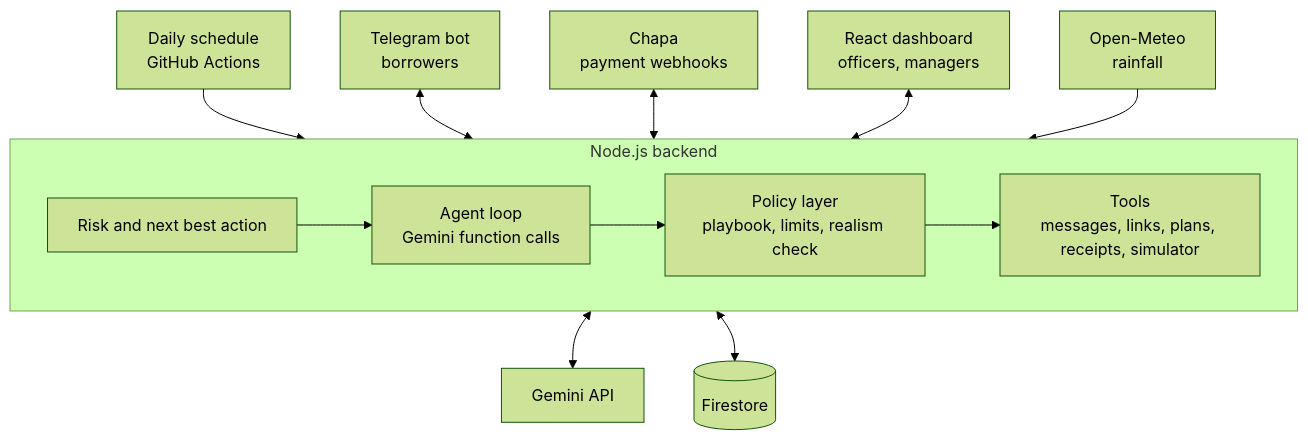
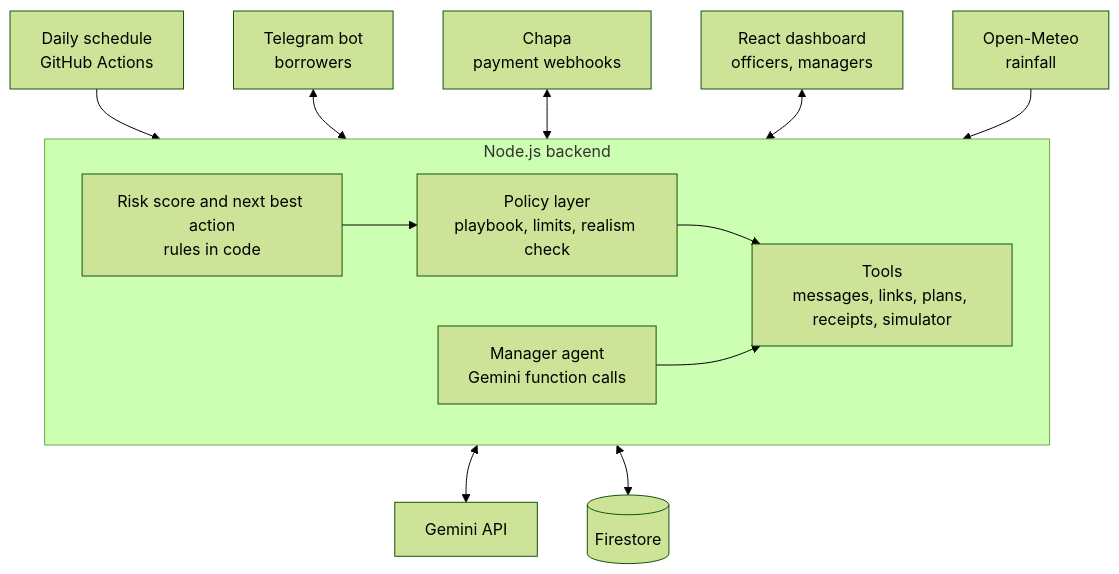
The diagram in README.md (Alaz90/collections-officer), drawn with Mermaid (forest theme) before and after one commit. The commit also changed other lines of this file, not shown here.

First line of the commit message:
README: where Gemini is used, accurate diagram, design vs build

````diff
--- a/README.md
+++ b/README.md
@@ -53,13 +53,14 @@
 ```mermaid
 flowchart TB
   S[Daily schedule<br/>GitHub Actions] --> B
   T[Telegram bot<br/>borrowers] <--> B
   C[Chapa<br/>payment webhooks] <--> B
   D[React dashboard<br/>officers, managers] <--> B
   subgraph B[Node.js backend]
-    L[Risk and next best action] --> A[Agent loop<br/>Gemini function calls] --> P[Policy layer<br/>playbook, limits, realism check] --> X[Tools<br/>messages, links, plans, receipts, simulator]
+    L[Risk score and next best action<br/>rules in code] --> P[Policy layer<br/>playbook, limits, realism check] --> X[Tools<br/>messages, links, plans, receipts, simulator]
+    M[Manager agent<br/>Gemini function calls] --> X
   end
   B <--> G[Gemini API]
   B <--> F[(Firestore)]
   W[Open-Meteo<br/>rainfall] --> B
 ```
````
